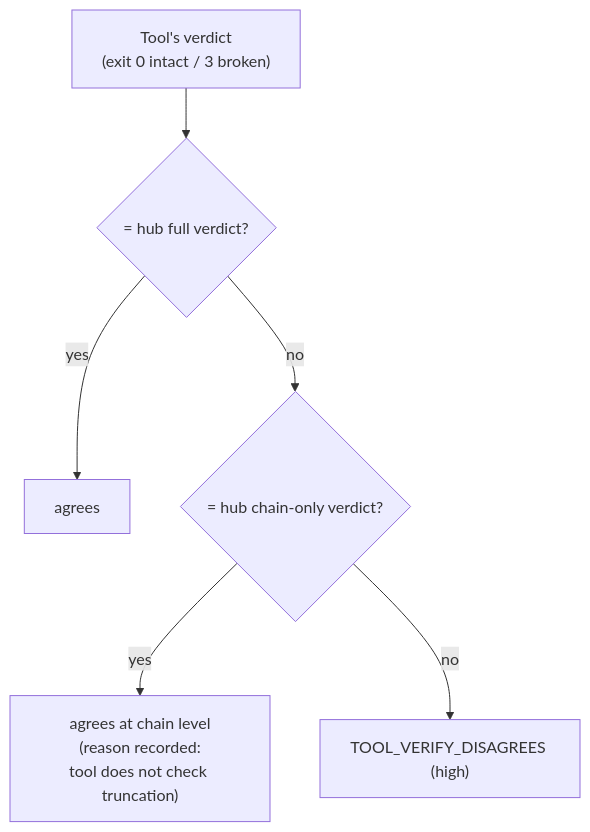
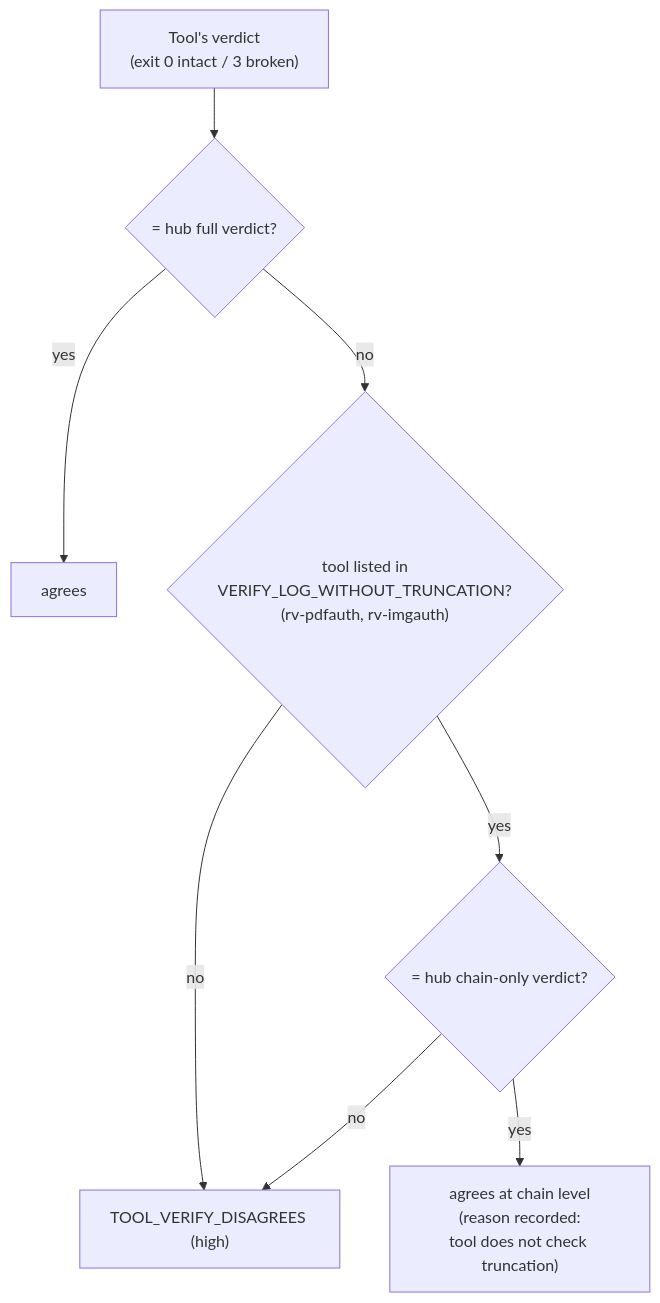
One commit to Panacota96/rv-hub changed the fifth of 6 diagrams in docs/theory.md. Above: the diagram before and after it, drawn with Mermaid. The commit also changed other lines of this file and 7 other files, not shown here.

First line of the commit message:
fix(verify): chain-level cross-check fallback only for rv-pdfauth and rv-imgauth

````diff
--- a/docs/theory.md
+++ b/docs/theory.md
@@ -408,8 +408,10 @@
 ```mermaid
 flowchart TB
     T["Tool's verdict<br/>(exit 0 intact / 3 broken)"] --> A{"= hub full verdict?"}
     A -- yes --> AG["agrees"]
-    A -- no --> B{"= hub chain-only verdict?"}
+    A -- no --> K{"tool listed in<br/>VERIFY_LOG_WITHOUT_TRUNCATION?<br/>(rv-pdfauth, rv-imgauth)"}
+    K -- no --> DIS["TOOL_VERIFY_DISAGREES (high)"]
+    K -- yes --> B{"= hub chain-only verdict?"}
     B -- yes --> AG2["agrees at chain level<br/>(reason recorded:<br/>tool does not check truncation)"]
-    B -- no --> DIS["TOOL_VERIFY_DISAGREES (high)"]
+    B -- no --> DIS
 ```
````
